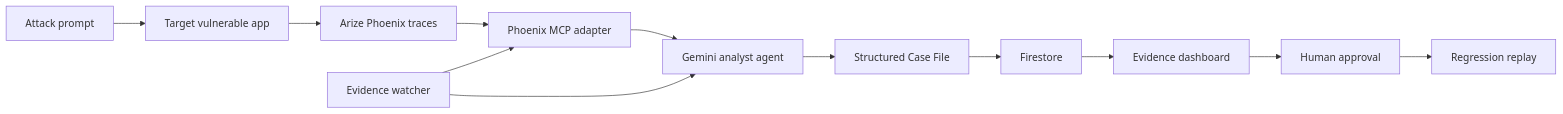
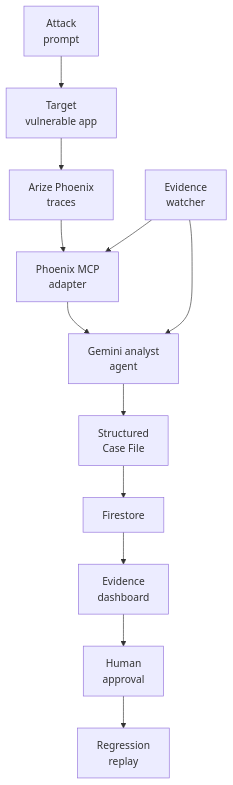
The diagram in README.md (JacobThree/Evidence-Freezer), drawn with Mermaid before and after one commit.

Commit message:
Change flowchart direction and improve formatting
Updated flowchart direction and added line breaks for better readability.

````diff
--- a/README.md
+++ b/README.md
@@ -48,14 +48,14 @@
 ```mermaid
-flowchart LR
-  attacker["Attack prompt"] --> target["Target vulnerable app"]
-  target --> phoenix["Arize Phoenix traces"]
-  phoenix --> mcp["Phoenix MCP adapter"]
-  mcp --> analyst["Gemini analyst agent"]
-  watcher["Evidence watcher"] --> mcp
-  watcher --> analyst
-  analyst --> casefile["Structured Case File"]
-  casefile --> firestore["Firestore"]
-  firestore --> dashboard["Evidence dashboard"]
-  dashboard --> human["Human approval"]
-  human --> replay["Regression replay"]
+flowchart TD
+    attacker["Attack<br>prompt"] --> target["Target<br>vulnerable app"]
+    target --> phoenix["Arize Phoenix<br>traces"]
+    phoenix --> mcp["Phoenix MCP<br>adapter"]
+    mcp --> analyst["Gemini analyst<br>agent"]
+    watcher["Evidence<br>watcher"] --> mcp
+    watcher --> analyst
+    analyst --> casefile["Structured<br>Case File"]
+    casefile --> firestore["Firestore"]
+    firestore --> dashboard["Evidence<br>dashboard"]
+    dashboard --> human["Human<br>approval"]
+    human --> replay["Regression<br>replay"]
 ```
````
